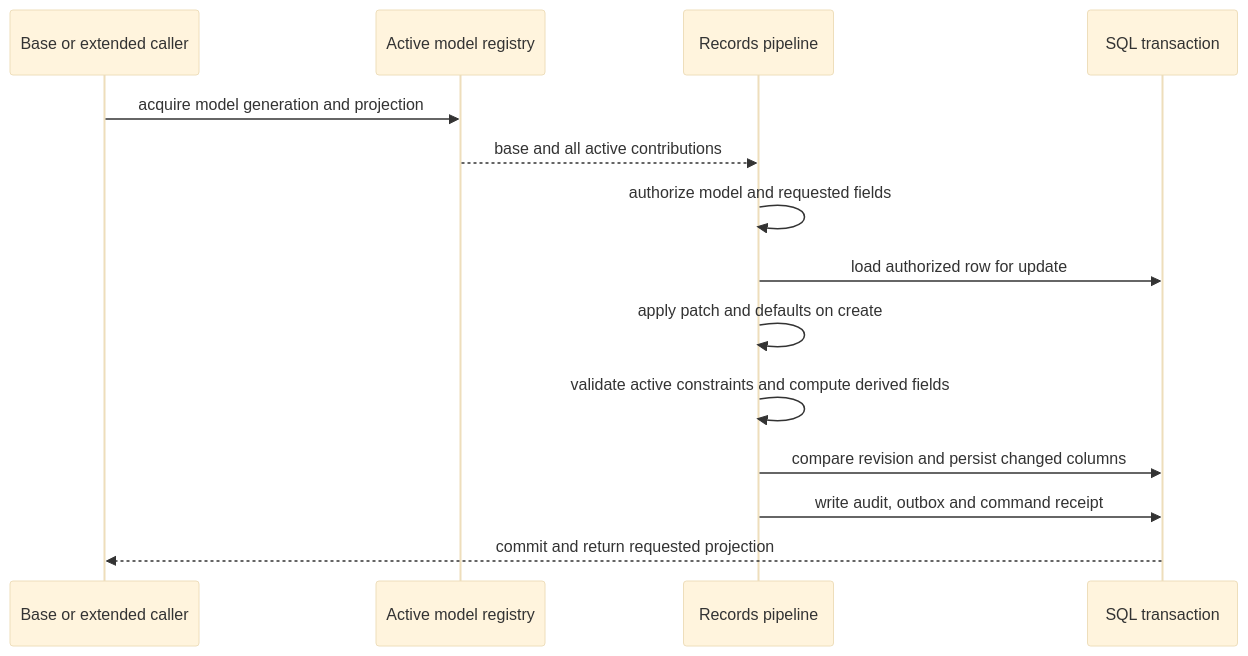
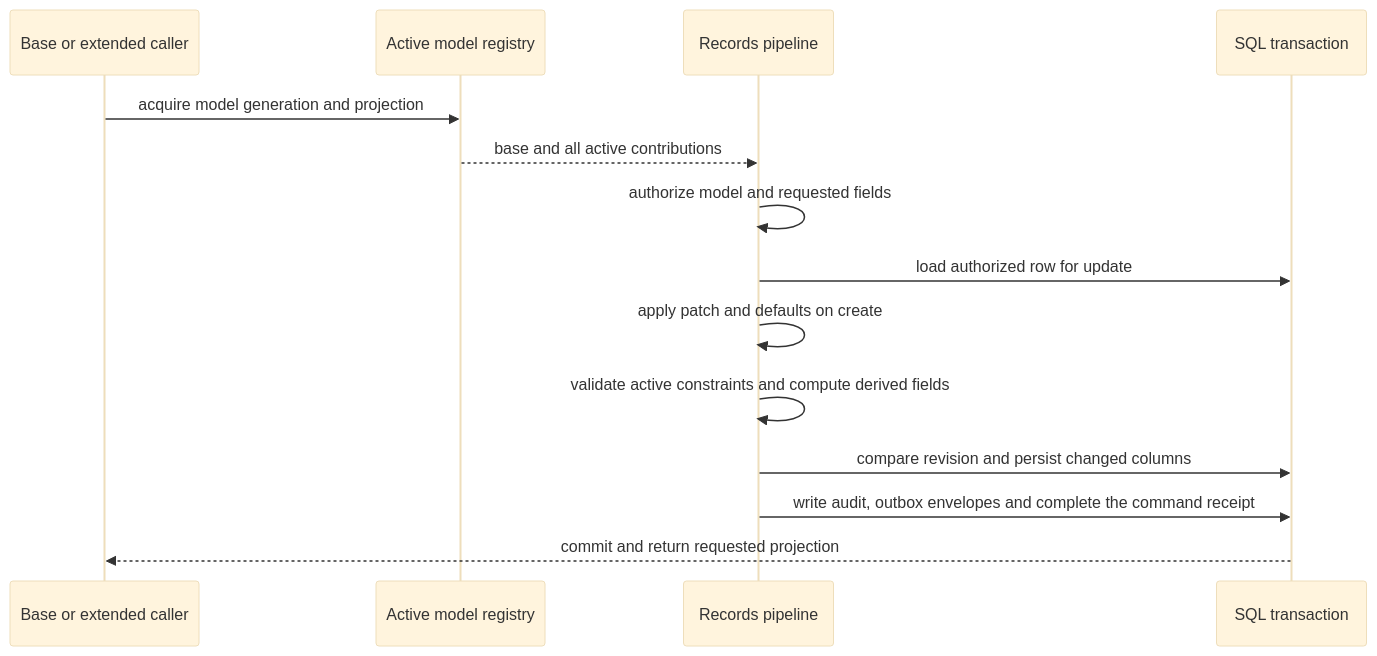
Before and after one commit to leaderiop/Bridger: the second of 3 diagrams in docs/ERP-MODELS.md, drawn with Mermaid (base theme). The commit also changed other lines of this file and 173 other files, not shown here.

````diff
--- a/docs/ERP-MODELS.md
+++ b/docs/ERP-MODELS.md
@@ -134,17 +137,17 @@
 ```mermaid
 sequenceDiagram
     participant Caller as Base or extended caller
     participant Registry as Active model registry
     participant Records as Records pipeline
     participant DB as SQL transaction
 
     Caller->>Registry: acquire model generation and projection
     Registry-->>Records: base and all active contributions
     Records->>Records: authorize model and requested fields
     Records->>DB: load authorized row for update
     Records->>Records: apply patch and defaults on create
     Records->>Records: validate active constraints and compute derived fields
     Records->>DB: compare revision and persist changed columns
-    Records->>DB: write audit, outbox and command receipt
+    Records->>DB: write audit, outbox envelopes and complete the command receipt
     DB-->>Caller: commit and return requested projection
 ```
````
